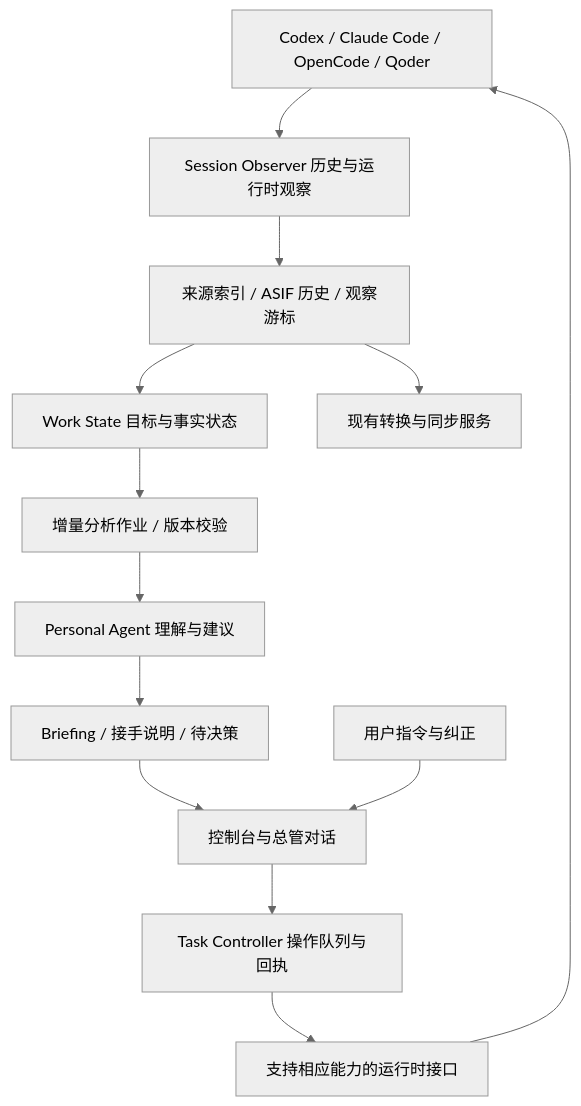
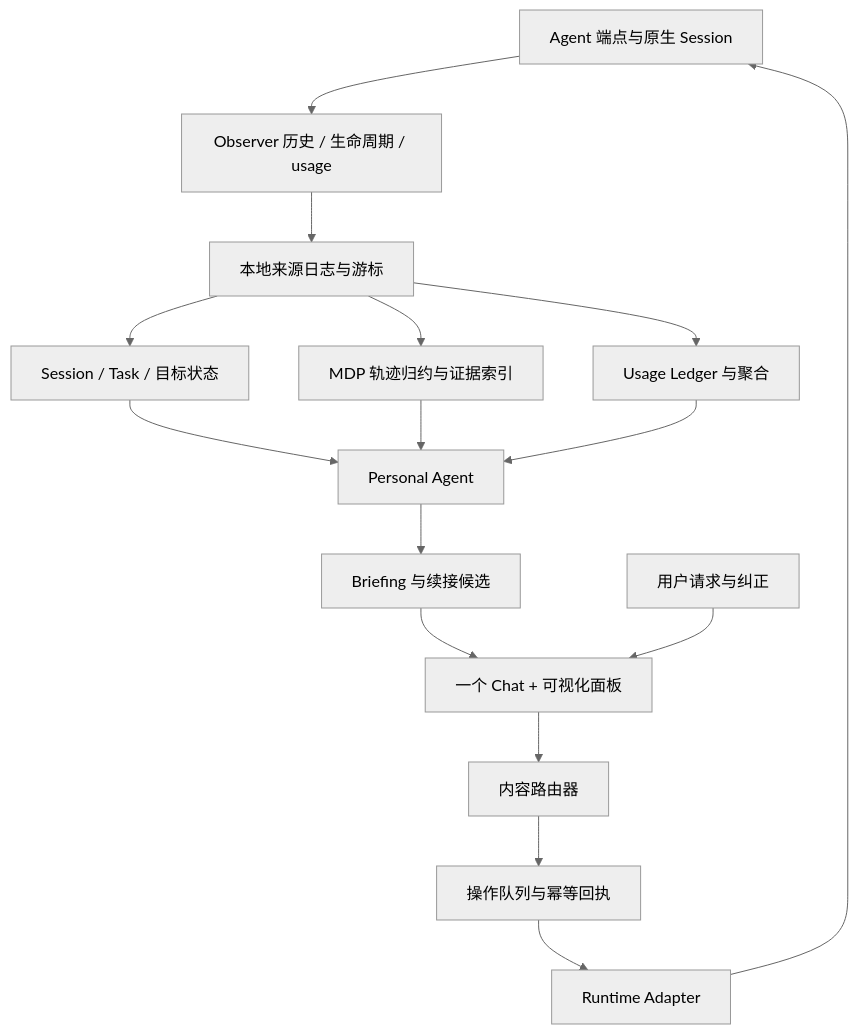
One commit to mayunlei/AgenTail changed the diagram in docs/PERSONAL_AGENT_CONSOLE.md. Above: the diagram before and after it, drawn with Mermaid (neutral theme). The commit also changed other lines of this file and 4 other files, not shown here.

Commit message:
docs: redesign session console with chat routing and MDP usage preview

````diff
--- a/docs/PERSONAL_AGENT_CONSOLE.md
+++ b/docs/PERSONAL_AGENT_CONSOLE.md
@@ -89,15 +184,18 @@
 ```mermaid
 flowchart TB
-    SOURCES[Codex / Claude Code / OpenCode / Qoder] --> OBS[Session Observer 历史与运行时观察]
-    OBS --> HISTORY[来源索引 / ASIF 历史 / 观察游标]
-    HISTORY --> WORK[Work State 目标与事实状态]
-    WORK --> JOBS[增量分析作业 / 版本校验]
-    JOBS --> AGENT[Personal Agent 理解与建议]
-    AGENT --> BRIEF[Briefing / 接手说明 / 待决策]
-    BRIEF --> CONSOLE[控制台与总管对话]
-    USER[用户指令与纠正] --> CONSOLE
-    CONSOLE --> ACTIONS[Task Controller 操作队列与回执]
-    ACTIONS --> RUNTIME[支持相应能力的运行时接口]
-    RUNTIME --> SOURCES
-    HISTORY --> SYNC[现有转换与同步服务]
+    E[Agent 端点与原生 Session] --> O[Observer 历史 / 生命周期 / usage]
+    O --> J[本地来源日志与游标]
+    J --> W[Session / Task / 目标状态]
+    J --> M[MDP 轨迹归约与证据索引]
+    J --> U[Usage Ledger 与聚合]
+    W --> P[Personal Agent]
+    M --> P
+    U --> P
+    P --> B[Briefing 与续接候选]
+    B --> C[一个 Chat + 可视化面板]
+    H[用户请求与纠正] --> C
+    C --> R[内容路由器]
+    R --> A[操作队列与幂等回执]
+    A --> T[Runtime Adapter]
+    T --> E
 ```
````
